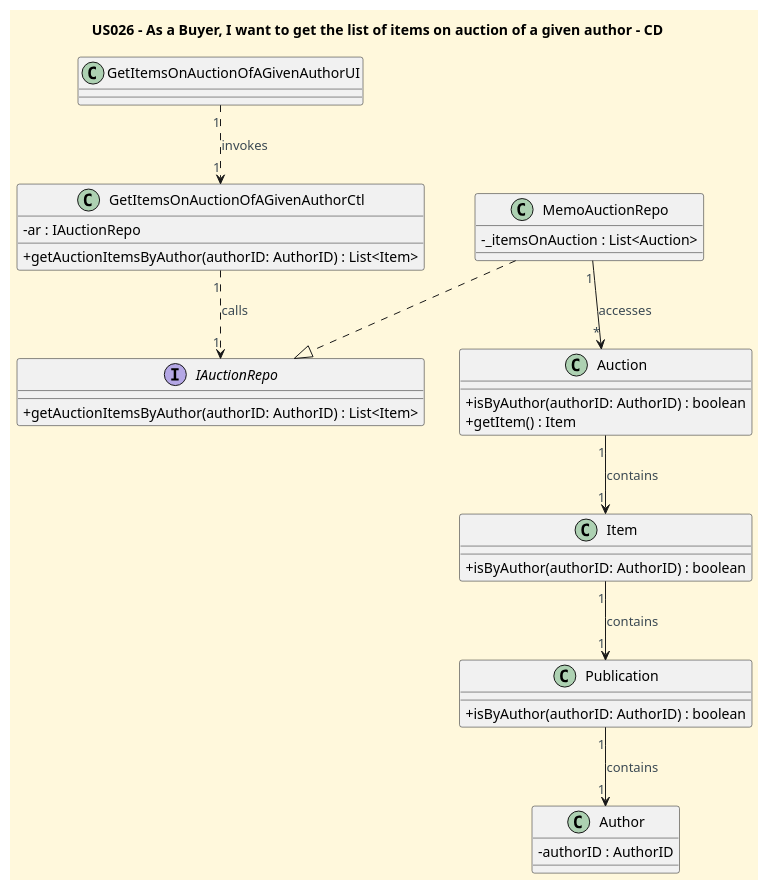
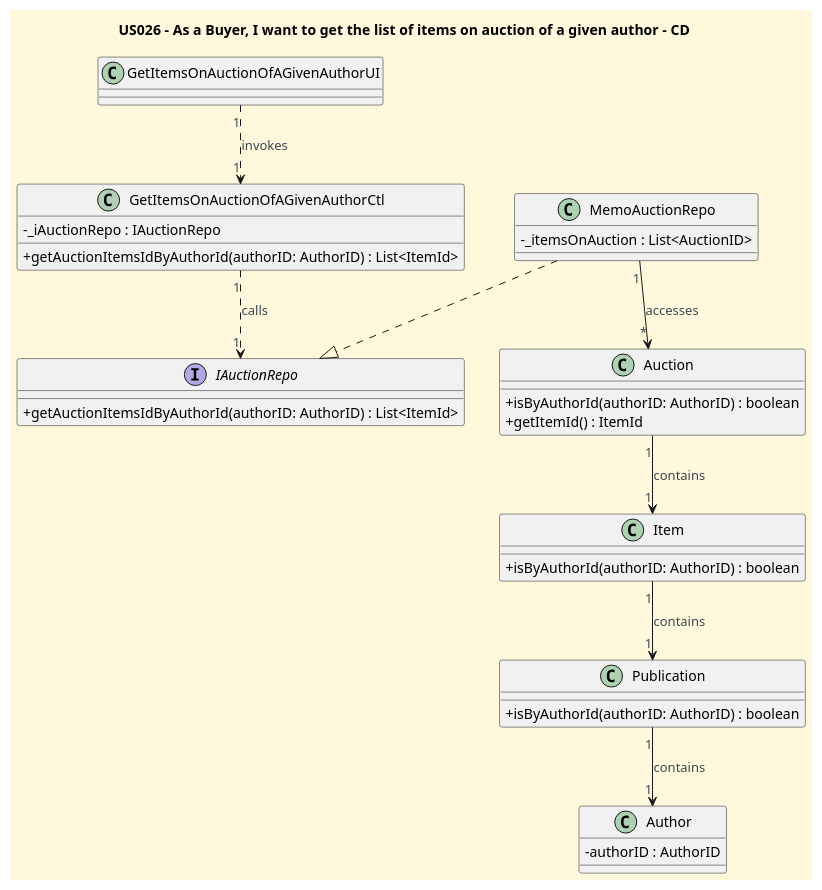
One commit to CarolinaLeite-collab/JavaMarketplacePlatform changed the diagram in docs/user-stories/US026/US026_get_list_of_items_on_auction_of_given_author_CD_2.puml. Above: the diagram before and after it, drawn with PlantUML. The commit also changed 1 other file, not shown here.

```diff
--- a/docs/user-stories/US026/US026_get_list_of_items_on_auction_of_given_author_CD_2.puml
+++ b/docs/user-stories/US026/US026_get_list_of_items_on_auction_of_given_author_CD_2.puml
@@ -1,66 +1,67 @@
 @startuml
 'https://plantuml.com/class-diagram
 title US026 - As a Buyer, I want to get the list of items on auction of a given author - CD
 
 '==== basic style ====
 skinparam monochrome false
 skinparam shadowing false
 skinparam defaultFontName Futura
 skinparam objectFontSize 20
 skinparam backgroundColor CornSilk
 skinparam objectBackgroundColor WhiteSmoke
 skinparam noteBackgroundColor #FFFFE0
 skinparam ArrowFontColor #3B4953
 skinparam ActivationBackgroundColor black
 skinparam classAttributeIconSize 0
 
 
 class GetItemsOnAuctionOfAGivenAuthorUI {
 
 }
 
 class GetItemsOnAuctionOfAGivenAuthorCtl {
-- ar : IAuctionRepo
-+ getAuctionItemsByAuthor(authorID: AuthorID) : List<Item>
+-_iAuctionRepo : IAuctionRepo
++ getAuctionItemsIdByAuthorId(authorID: AuthorID) : List<ItemId>
 }
 
 interface IAuctionRepo{
-+ getAuctionItemsByAuthor(authorID: AuthorID) : List<Item>
+
++ getAuctionItemsIdByAuthorId(authorID: AuthorID) : List<ItemId>
 }
 
 class MemoAuctionRepo {
-- _itemsOnAuction : List<Auction>
+- _itemsOnAuction : List<AuctionID>
 }
 
 class Auction {
-+ isByAuthor(authorID: AuthorID) : boolean
-+ getItem() : Item
++ isByAuthorId(authorID: AuthorID) : boolean
++ getItemId() : ItemId
 }
 
 class Item {
 
-+ isByAuthor(authorID: AuthorID) : boolean
++ isByAuthorId(authorID: AuthorID) : boolean
 
 }
 
 class Publication {
 
-+ isByAuthor(authorID: AuthorID) : boolean
++ isByAuthorId(authorID: AuthorID) : boolean
 
 }
 
 class Author {
 
 - authorID : AuthorID
 
 }
 
 GetItemsOnAuctionOfAGivenAuthorUI "1" ..> "1" GetItemsOnAuctionOfAGivenAuthorCtl : invokes
 GetItemsOnAuctionOfAGivenAuthorCtl "1" ..> "1" IAuctionRepo : calls
 MemoAuctionRepo ..|> IAuctionRepo
 MemoAuctionRepo "1" --> "*" Auction : accesses
 Auction "1" --> "1" Item : contains
 Item "1" --> "1" Publication : contains
 Publication "1" --> "1" Author : contains
 
 @enduml
```
